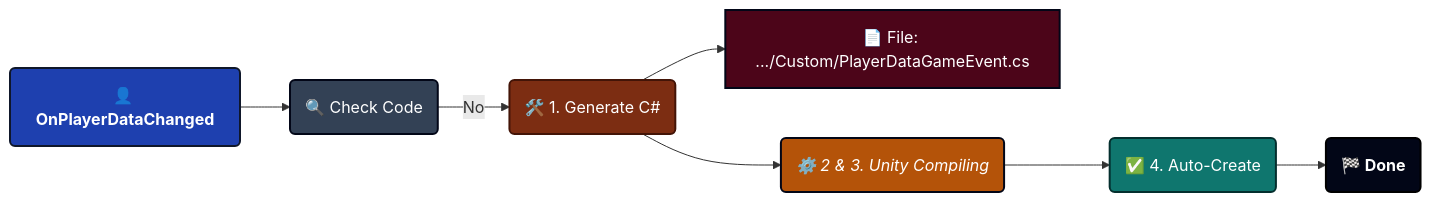
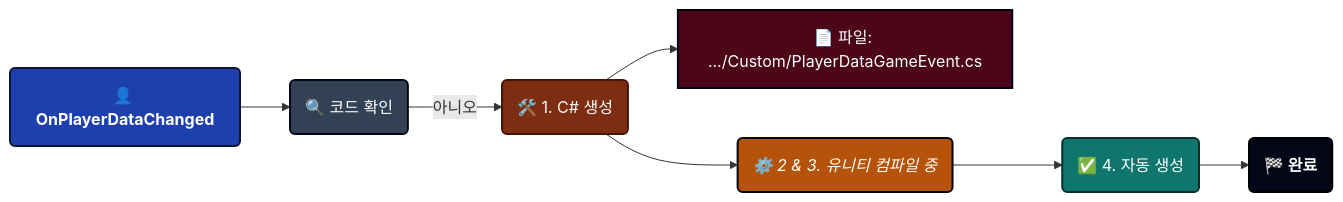
The third of 4 diagrams in i18n/ko/docusaurus-plugin-content-docs/current/game-event-system/visual-workflow/game-event-creator.md (tinygiants-tech/TinyGiants), drawn with Mermaid before and after one commit. The commit also changed other lines of this file and 81 other files, not shown here.

````diff
--- a/i18n/ko/docusaurus-plugin-content-docs/current/game-event-system/visual-workflow/game-event-creator.md
+++ b/i18n/ko/docusaurus-plugin-content-docs/current/game-event-system/visual-workflow/game-event-creator.md
@@ -311,24 +311,24 @@
 ```mermaid
 graph LR
  
     classDef event fill:#1e40af,stroke:#0f172a,stroke-width:2px,color:#ffffff,font-weight:bold
     classDef decision fill:#334155,stroke:#020617,stroke-width:2px,color:#ffffff
     classDef step fill:#0f766e,stroke:#042f2e,stroke-width:2px,color:#ffffff
     classDef warning fill:#7c2d12,stroke:#431407,stroke-width:2px,color:#ffffff
     classDef wait fill:#b45309,stroke:#020617,stroke-width:2px,color:#ffffff,font-style:italic
     classDef system fill:#020617,stroke:#000000,stroke-width:2px,color:#ffffff,font-weight:bold
 
     classDef file fill:#4c0519,stroke:#020617,stroke-width:2px,color:#ffffff
 
-    A(👤 OnPlayerDataChanged):::event --> B(🔍 Check Code):::decision
+    A(👤 OnPlayerDataChanged):::event --> B(🔍 코드 확인):::decision
     
-    B -- "No" --> C(🛠️ 1. Generate C#):::warning
+    B -- "아니오" --> C(🛠️ 1. C# 생성):::warning
     
-    C --> P[📄 File: .../Custom/PlayerDataGameEvent.cs]:::file
+    C --> P[📄 파일: .../Custom/PlayerDataGameEvent.cs]:::file
 
-    C --> D(⚙️ 2 & 3. Unity Compiling):::wait
+    C --> D(⚙️ 2 & 3. 유니티 컴파일 중):::wait
     
-    D --> E(✅ 4. Auto-Create):::step
+    D --> E(✅ 4. 자동 생성):::step
     
-    E --> F(🏁 Done):::system
+    E --> F(🏁 완료):::system
 ```
````
